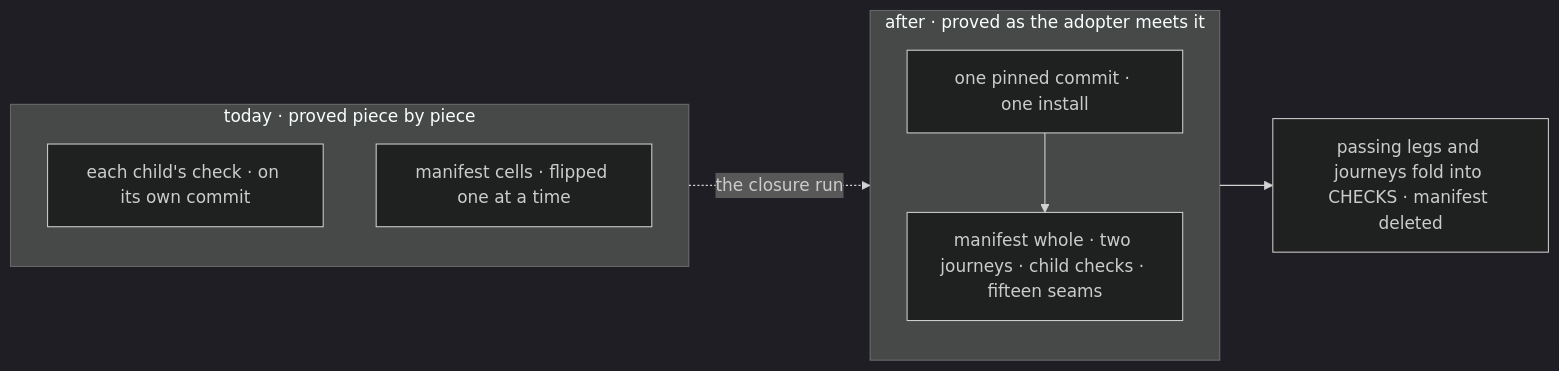
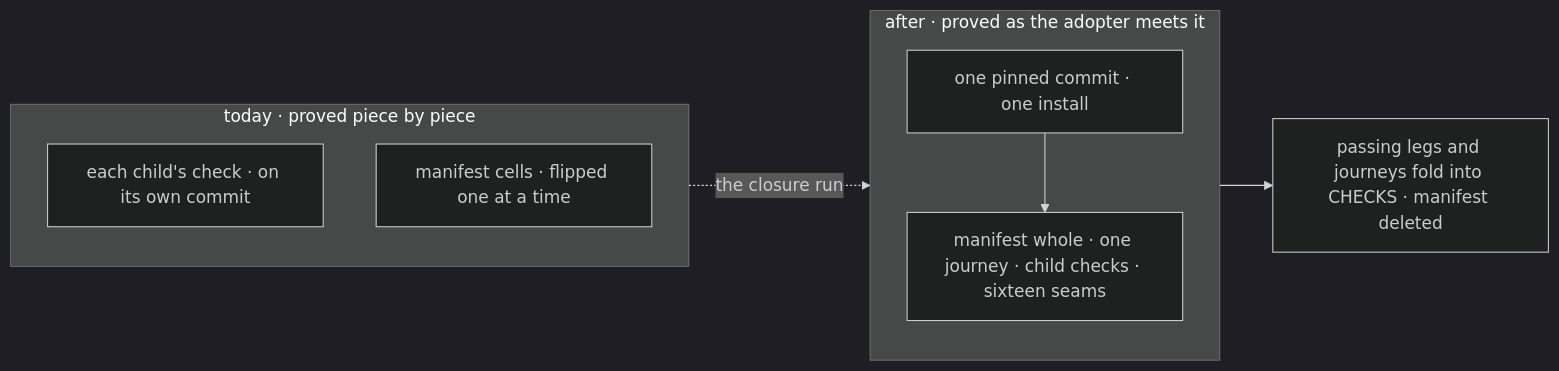
The second of 2 diagrams in specs/issues/FIX-2562/SPEC.md (fixpoint-labs/flow-state-dev), drawn with Mermaid (dark theme) before and after one commit. The commit also changed other lines of this file and 33 other files, not shown here.

````diff
--- a/specs/issues/FIX-2562/SPEC.md
+++ b/specs/issues/FIX-2562/SPEC.md
@@ -73,14 +72,14 @@
 ```mermaid
 flowchart LR
   subgraph before["today · proved piece by piece"]
     B1["each child's check · on its own commit"]
     B2["manifest cells · flipped one at a time"]
   end
   subgraph after["after · proved as the adopter meets it"]
     A1["one pinned commit · one install"]
-    A2["manifest whole · two journeys · child checks · fifteen seams"]
+    A2["manifest whole · one journey · child checks · sixteen seams"]
     A1 --> A2
   end
   after --> G["passing legs and journeys fold into CHECKS · manifest deleted"]
   before -.->|"the closure run"| after
 ```
````
